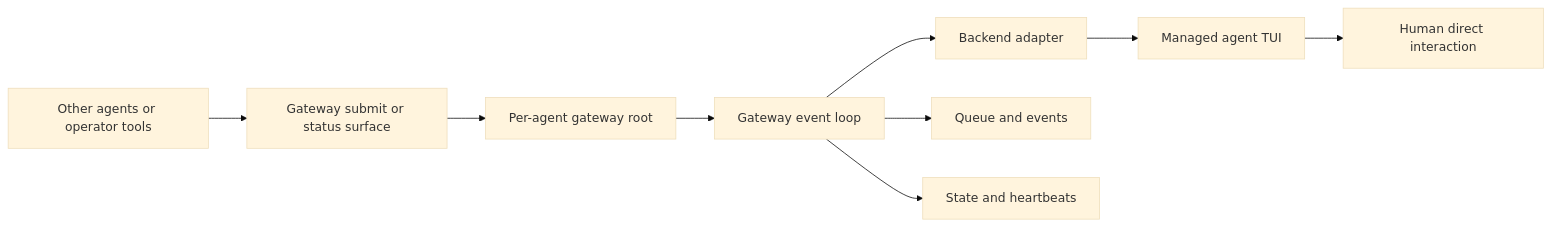
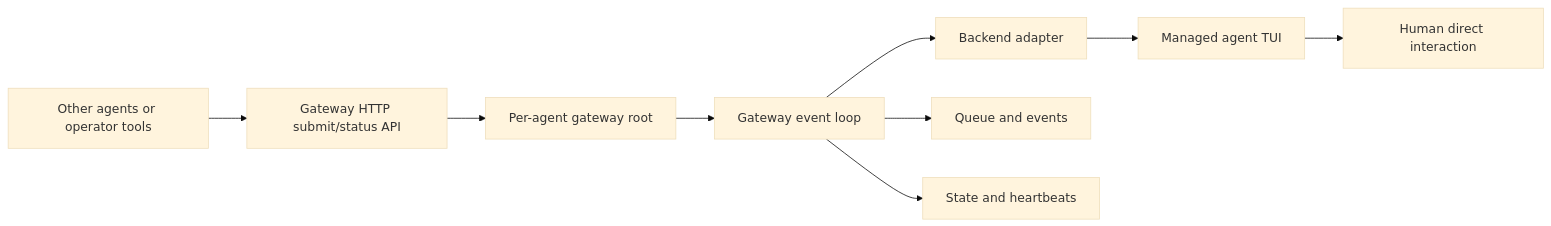
The diagram in openspec/changes/add-agent-gateway-sidecar/design.md (igamenovoer/houmao), drawn with Mermaid (base theme) before and after one commit. The commit also changed other lines of this file and 5 other files, not shown here.

````diff
--- a/openspec/changes/add-agent-gateway-sidecar/design.md
+++ b/openspec/changes/add-agent-gateway-sidecar/design.md
@@ -9,11 +11,11 @@
 ```mermaid
 flowchart LR
-  A[Other agents or operator tools] --> B[Gateway submit or status surface]
+  A[Other agents or operator tools] --> B[Gateway HTTP submit/status API]
   B --> C[Per-agent gateway root]
   C --> D[Gateway event loop]
   D --> E[Backend adapter]
   E --> F[Managed agent TUI]
   F --> G[Human direct interaction]
   D --> H[Queue and events]
   D --> I[State and heartbeats]
 ```
````
